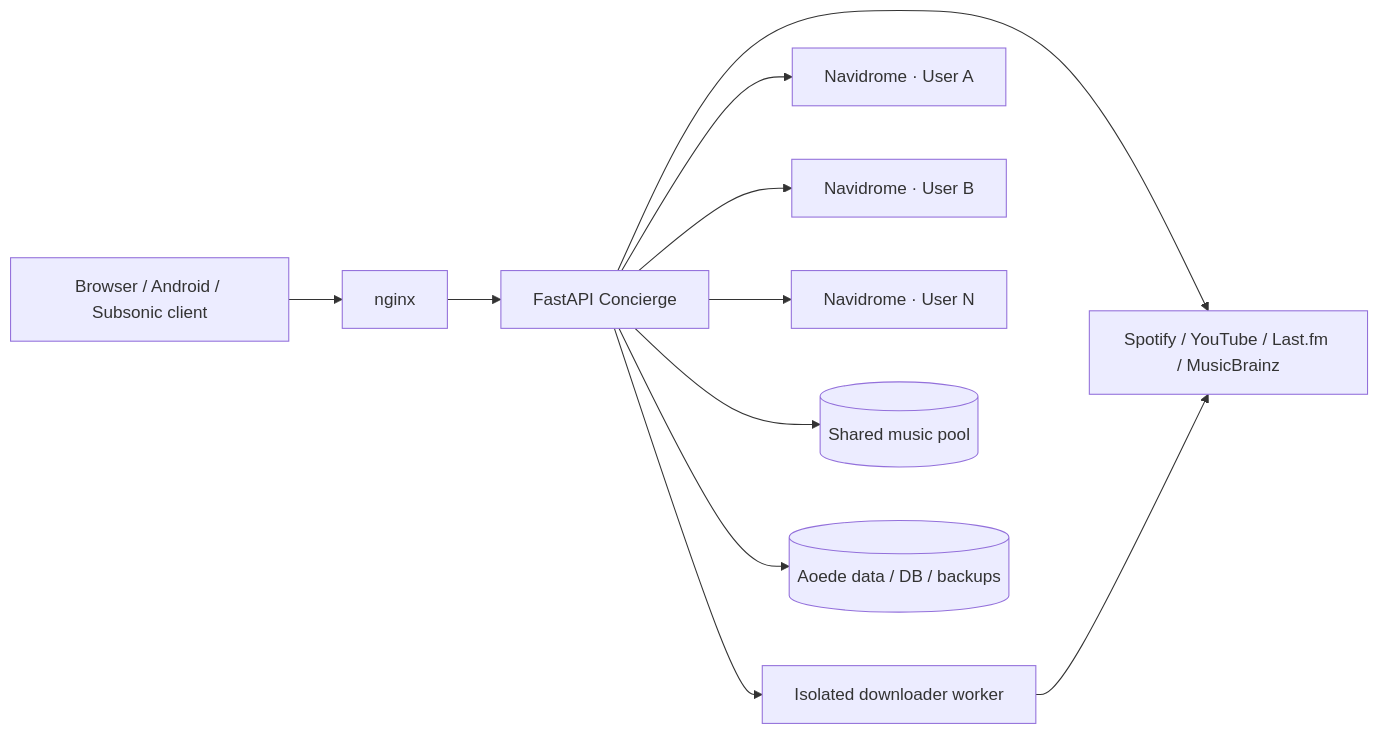
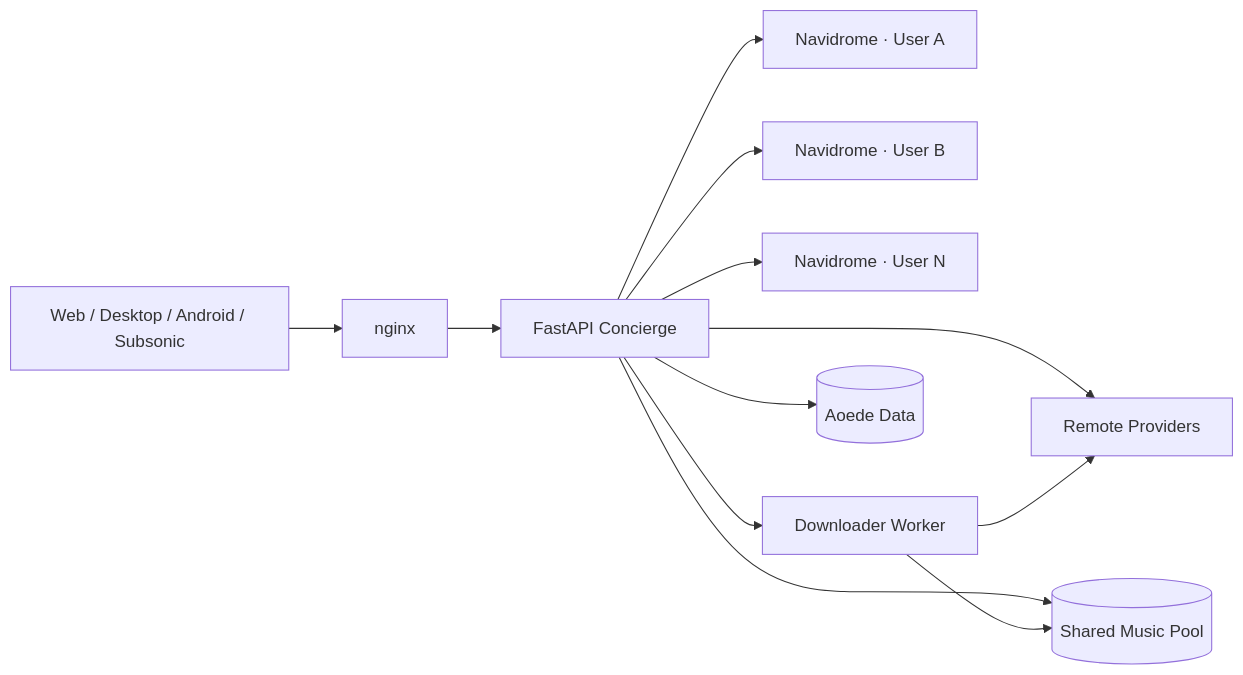
Before and after one commit to sPROFFEs/Aoede: the diagram in README.md, drawn with Mermaid. The commit also changed other lines of this file, not shown here.

````diff
--- a/README.md
+++ b/README.md
@@ -111,13 +992,18 @@
 ```mermaid
 flowchart LR
-    C[Browser / Android / Subsonic client] --> N[nginx]
+    C[Web / Desktop / Android / Subsonic] --> N[nginx]
+
     N --> F[FastAPI Concierge]
-    F --> W[Isolated downloader worker]
+
     F --> U1[Navidrome · User A]
     F --> U2[Navidrome · User B]
     F --> UX[Navidrome · User N]
-    F --> P[(Shared music pool)]
-    F --> D[(Aoede data / DB / backups)]
-    F --> R[Spotify / YouTube / Last.fm / MusicBrainz]
+
+    F --> W[Downloader Worker]
+    F --> P[(Shared Music Pool)]
+    F --> DB[(Aoede Data)]
+    F --> R[Remote Providers]
+
     W --> R
+    W --> P
 ```
````
